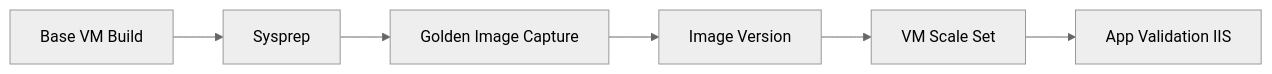
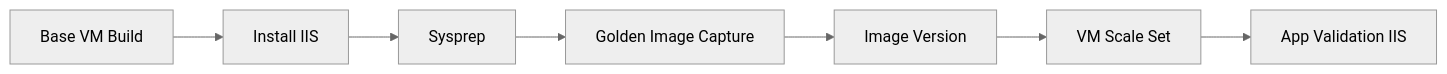
Before and after one commit to nkadwaikar/azure-hands-on-engineering: the second of 6 diagrams in Architecture Overview.md, drawn with Mermaid (neutral theme). The commit also changed other lines of this file and 5 other files, not shown here.

Commit message:
Fix Compute track ordering: IIS before Sysprep, remove tracked .DS_Store

````diff
--- a/Architecture Overview.md
+++ b/Architecture Overview.md
@@ -20,8 +20,9 @@
 ```mermaid
 flowchart LR
-    Build[Base VM Build] --> Prep[Sysprep]
+    Build[Base VM Build] --> IIS[Install IIS]
+    IIS --> Prep[Sysprep]
     Prep --> Image[Golden Image Capture]
     Image --> Gallery[Image Version]
     Gallery --> VMSS[VM Scale Set]
     VMSS --> Validate[App Validation IIS]
 ```
````
